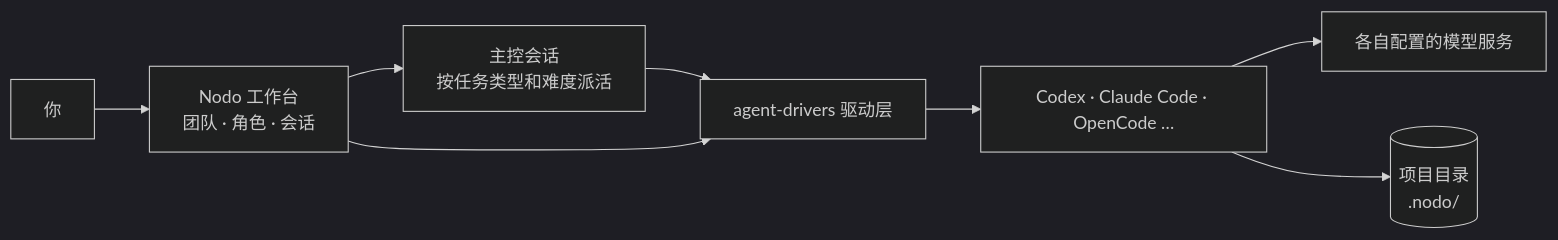
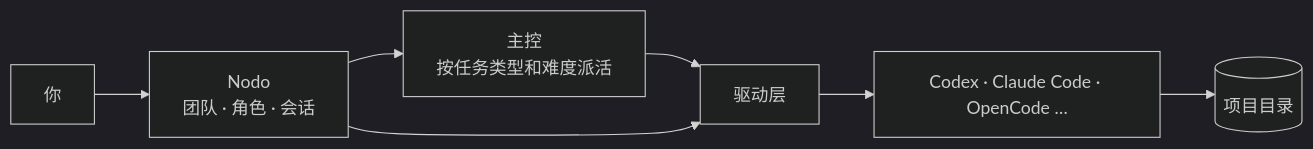
One commit to waikoeng234/Nodo changed the diagram in README.md. Above: the diagram before and after it, drawn with Mermaid (dark theme). The commit also changed other lines of this file and 10 other files, not shown here.

Commit message:
Rewrite the READMEs around a demo and a three-step flow, and fix stale driver docs

````diff
--- a/README.md
+++ b/README.md
@@ -81,10 +54,9 @@
 ```mermaid
 flowchart LR
-    U[你] --> N[Nodo 工作台<br/>团队 · 角色 · 会话]
-    N --> L[主控会话<br/>按任务类型和难度派活]
-    L --> D[agent-drivers 驱动层]
+    U[你] --> N[Nodo<br/>团队 · 角色 · 会话]
+    N --> L[主控<br/>按任务类型和难度派活]
+    L --> D[驱动层]
     N --> D
     D --> A[Codex · Claude Code · OpenCode …]
-    A --> M[各自配置的模型服务]
-    A --> P[(项目目录<br/>.nodo/)]
+    A --> P[(项目目录)]
 ```
````
